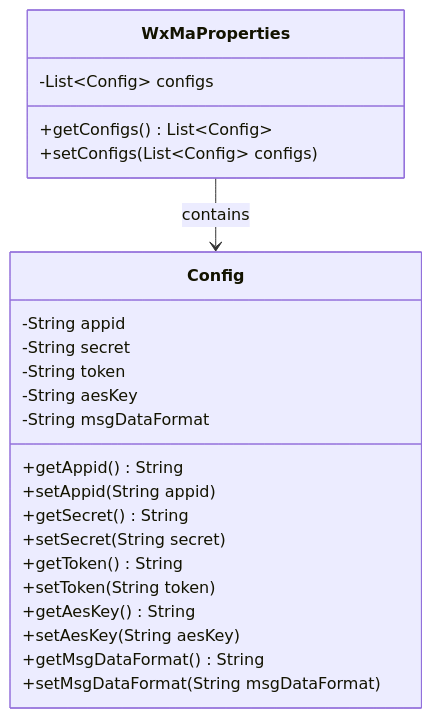
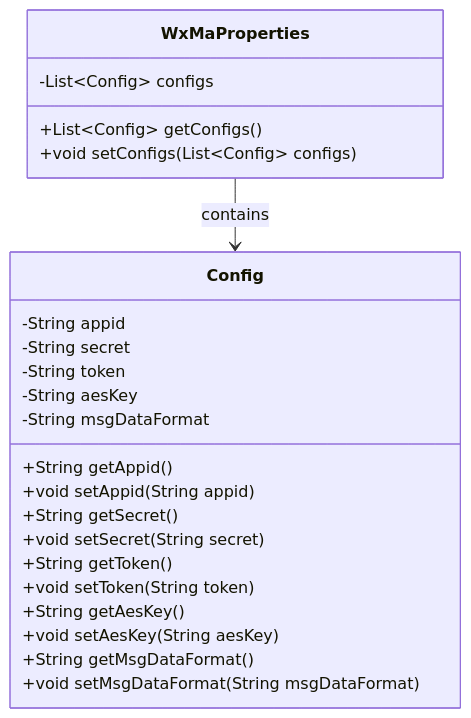
The first of 2 diagrams in docs/en/docs/src/main/java/com/github/binarywang/demo/wx/miniapp/config/WxMaProperties.md (v-wjrong/rongwj666_weixin-java-miniapp-demo), drawn with Mermaid before and after one commit. The commit also changed other lines of this file and 47 other files, not shown here.

````diff
--- a/docs/en/docs/src/main/java/com/github/binarywang/demo/wx/miniapp/config/WxMaProperties.md
+++ b/docs/en/docs/src/main/java/com/github/binarywang/demo/wx/miniapp/config/WxMaProperties.md
@@ -36,28 +36,28 @@
 ```mermaid
 classDiagram
     class WxMaProperties {
         -List~Config~ configs
-        +getConfigs() List~Config~
-        +setConfigs(List~Config~ configs)
+        +List~Config~ getConfigs()
+        +void setConfigs(List~Config~ configs)
     }
 
     class Config {
         -String appid
         -String secret
         -String token
         -String aesKey
         -String msgDataFormat
-        +getAppid() String
-        +setAppid(String appid)
-        +getSecret() String
-        +setSecret(String secret)
-        +getToken() String
-        +setToken(String token)
-        +getAesKey() String
-        +setAesKey(String aesKey)
-        +getMsgDataFormat() String
-        +setMsgDataFormat(String msgDataFormat)
+        +String getAppid()
+        +void setAppid(String appid)
+        +String getSecret()
+        +void setSecret(String secret)
+        +String getToken()
+        +void setToken(String token)
+        +String getAesKey()
+        +void setAesKey(String aesKey)
+        +String getMsgDataFormat()
+        +void setMsgDataFormat(String msgDataFormat)
     }
 
     WxMaProperties --> Config : contains
 ```
````
